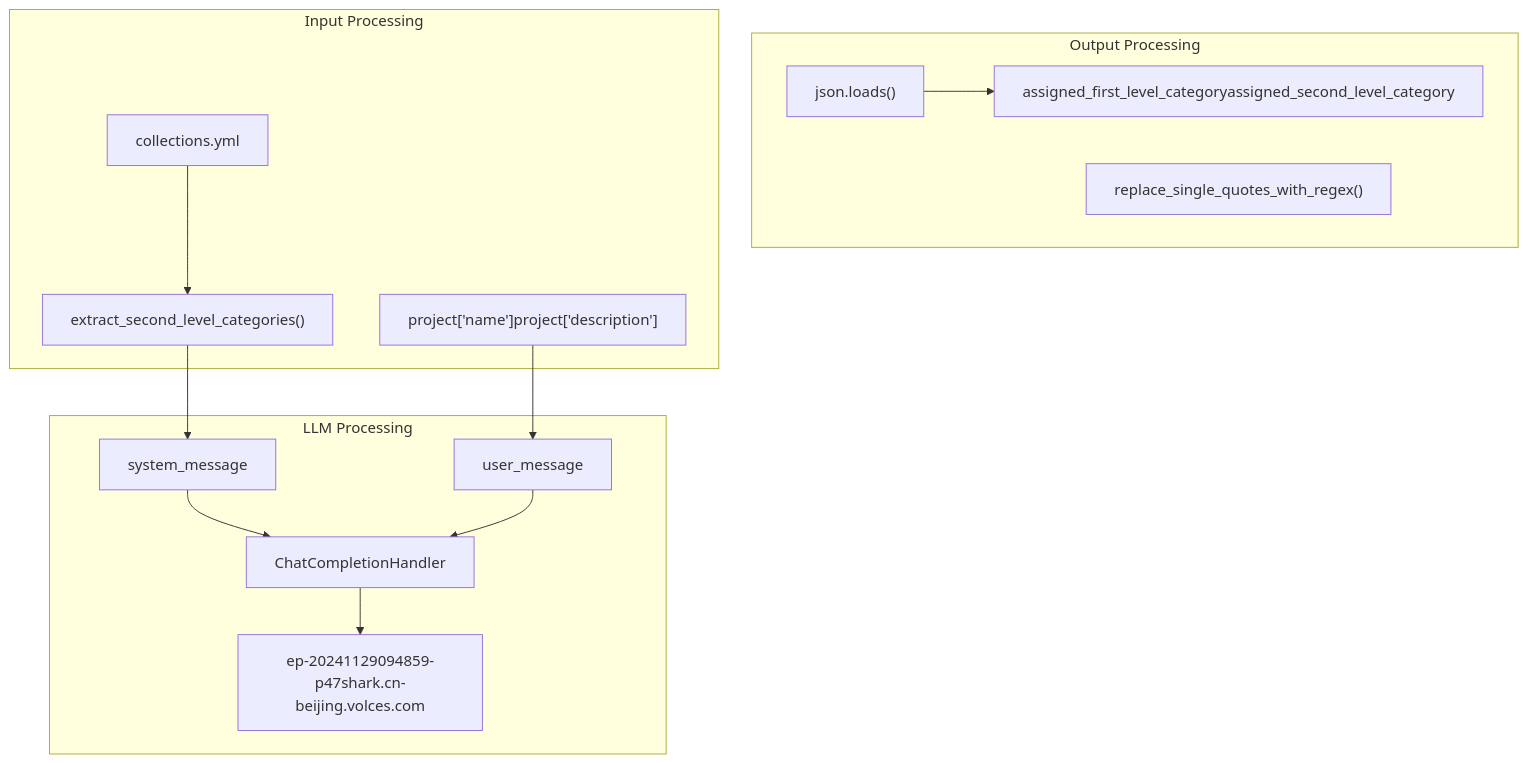
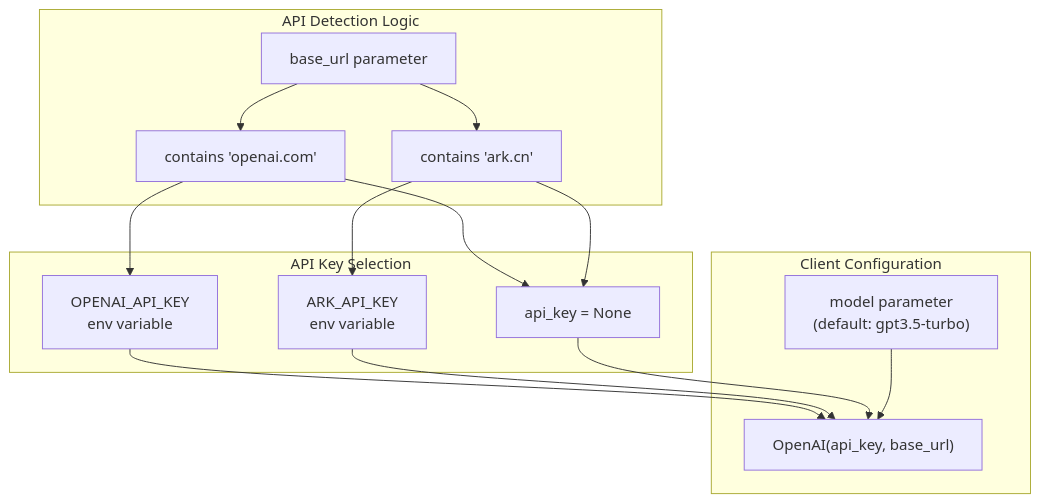
Before and after one commit to chenyx2012/openchecker: the third of 4 diagrams in docs/wiki/AI-and-Machine-Learning-Components.md, drawn with Mermaid. The commit also changed other lines of this file and 45 other files, not shown here.

````diff
--- a/docs/wiki/AI-and-Machine-Learning-Components.md
+++ b/docs/wiki/AI-and-Machine-Learning-Components.md
@@ -89,40 +144,40 @@
 ```mermaid
 flowchart TD
 
-ProjectInfo["project['name']project['description']"]
-CategoryDefs["extract_second_level_categories()"]
-YAMLFile["collections.yml"]
-SystemMessage["system_message"]
-UserMessage["user_message"]
-ChatCompletionHandler["ChatCompletionHandler"]
-ModelAPI["ep-20241129094859-p47shark.cn-beijing.volces.com"]
-JSONParsing["json.loads()"]
-replace_single_quotes_with_regex["replace_single_quotes_with_regex()"]
-CategoryAssignment["assigned_first_level_categoryassigned_second_level_category"]
+base_url["base_url parameter"]
+openai_check["contains 'openai.com'"]
+ark_check["contains 'ark.cn'"]
+OPENAI_API_KEY["OPENAI_API_KEY<br>env variable"]
+ARK_API_KEY["ARK_API_KEY<br>env variable"]
+no_key["api_key = None"]
+OpenAI_Client["OpenAI(api_key, base_url)"]
+model_name["model parameter<br>(default: gpt3.5-turbo)"]
 
-    ProjectInfo --> UserMessage
-    CategoryDefs --> SystemMessage
-subgraph Output_Processing ["Output Processing"]
-    JSONParsing
-    replace_single_quotes_with_regex
-    CategoryAssignment
-    JSONParsing --> CategoryAssignment
+openai_check --> OPENAI_API_KEY
+ark_check --> ARK_API_KEY
+openai_check --> no_key
+ark_check --> no_key
+OPENAI_API_KEY --> OpenAI_Client
+ARK_API_KEY --> OpenAI_Client
+no_key --> OpenAI_Client
+
+subgraph subGraph2 ["Client Configuration"]
+    OpenAI_Client
+    model_name
+    model_name --> OpenAI_Client
 end
 
-subgraph LLM_Processing ["LLM Processing"]
-    SystemMessage
-    UserMessage
-    ChatCompletionHandler
-    ModelAPI
-    SystemMessage --> ChatCompletionHandler
-    UserMessage --> ChatCompletionHandler
-    ChatCompletionHandler --> ModelAPI
+subgraph subGraph1 ["API Key Selection"]
+    OPENAI_API_KEY
+    ARK_API_KEY
+    no_key
 end
 
-subgraph Input_Processing ["Input Processing"]
-    ProjectInfo
-    CategoryDefs
-    YAMLFile
-    YAMLFile --> CategoryDefs
+subgraph subGraph0 ["API Detection Logic"]
+    base_url
+    openai_check
+    ark_check
+    base_url --> openai_check
+    base_url --> ark_check
 end
 ```
````
